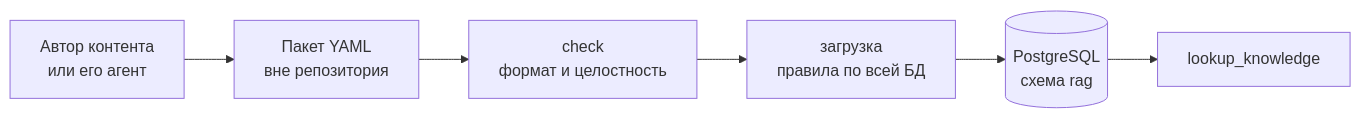
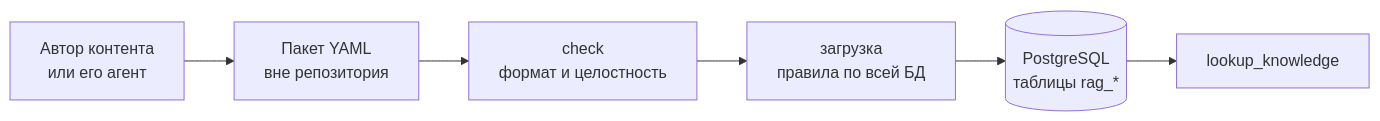
Before and after one commit to Nisakoo/BMSTU-NIRS: the second of 2 diagrams in docs/rag.md, drawn with Mermaid. The commit also changed other lines of this file and 25 other files, not shown here.

First line of the commit message:
feat(rag): store structured knowledge in PostgreSQL

````diff
--- a/docs/rag.md
+++ b/docs/rag.md
@@ -68,8 +68,8 @@
 ```mermaid
 flowchart LR
     Author["Автор контента<br/>или его агент"] --> Package["Пакет YAML<br/>вне репозитория"]
     Package --> Check["check<br/>формат и целостность"]
     Check --> Load["загрузка<br/>правила по всей БД"]
-    Load --> PG[("PostgreSQL<br/>схема rag")]
+    Load --> PG[("PostgreSQL<br/>таблицы rag_*")]
     PG --> Lookup[lookup_knowledge]
 ```
````
